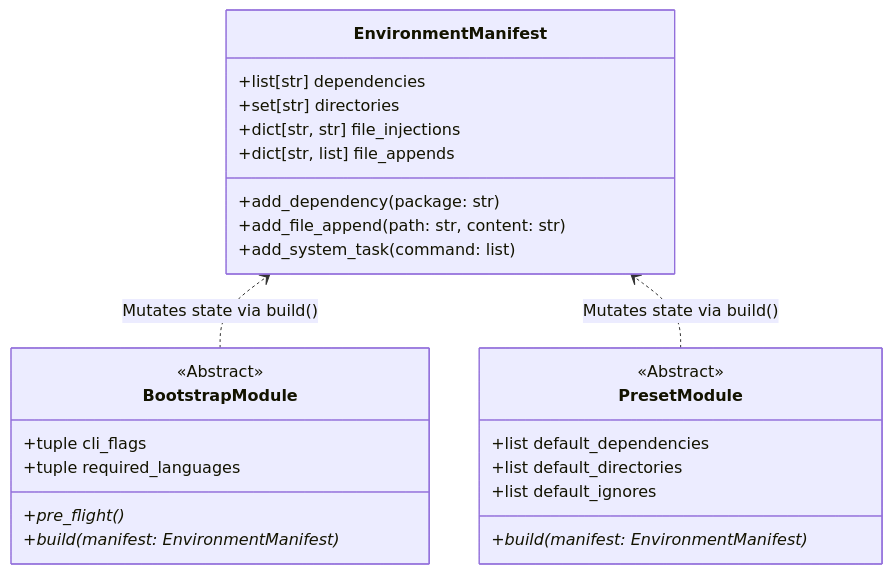
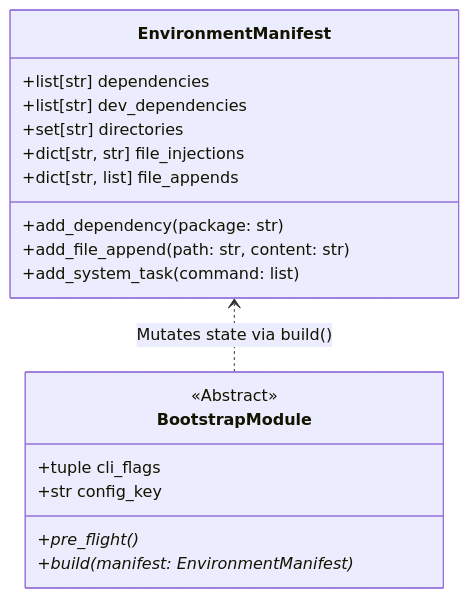
The diagram in docs/mission-control/api-reference.md (JacksonFergusonDev/protostar), drawn with Mermaid before and after one commit. The commit also changed other lines of this file and 19 other files, not shown here.

First line of the commit message:
docs: comprehensive overhaul for template architecture, alias registry, and security model (#163)

````diff
--- a/docs/mission-control/api-reference.md
+++ b/docs/mission-control/api-reference.md
@@ -11,33 +9,25 @@
 ```mermaid
 classDiagram
     direction BT
 
     class EnvironmentManifest {
         +list[str] dependencies
+        +list[str] dev_dependencies
         +set[str] directories
         +dict[str, str] file_injections
         +dict[str, list] file_appends
         +add_dependency(package: str)
         +add_file_append(path: str, content: str)
         +add_system_task(command: list)
     }
 
     class BootstrapModule {
         <<Abstract>>
         +tuple cli_flags
-        +tuple required_languages
+        +str config_key
         +pre_flight()*
         +build(manifest: EnvironmentManifest)*
     }
 
-    class PresetModule {
-        <<Abstract>>
-        +list default_dependencies
-        +list default_directories
-        +list default_ignores
-        +build(manifest: EnvironmentManifest)*
-    }
-
     BootstrapModule ..> EnvironmentManifest : Mutates state via build()
-    PresetModule ..> EnvironmentManifest : Mutates state via build()
 ```
````
